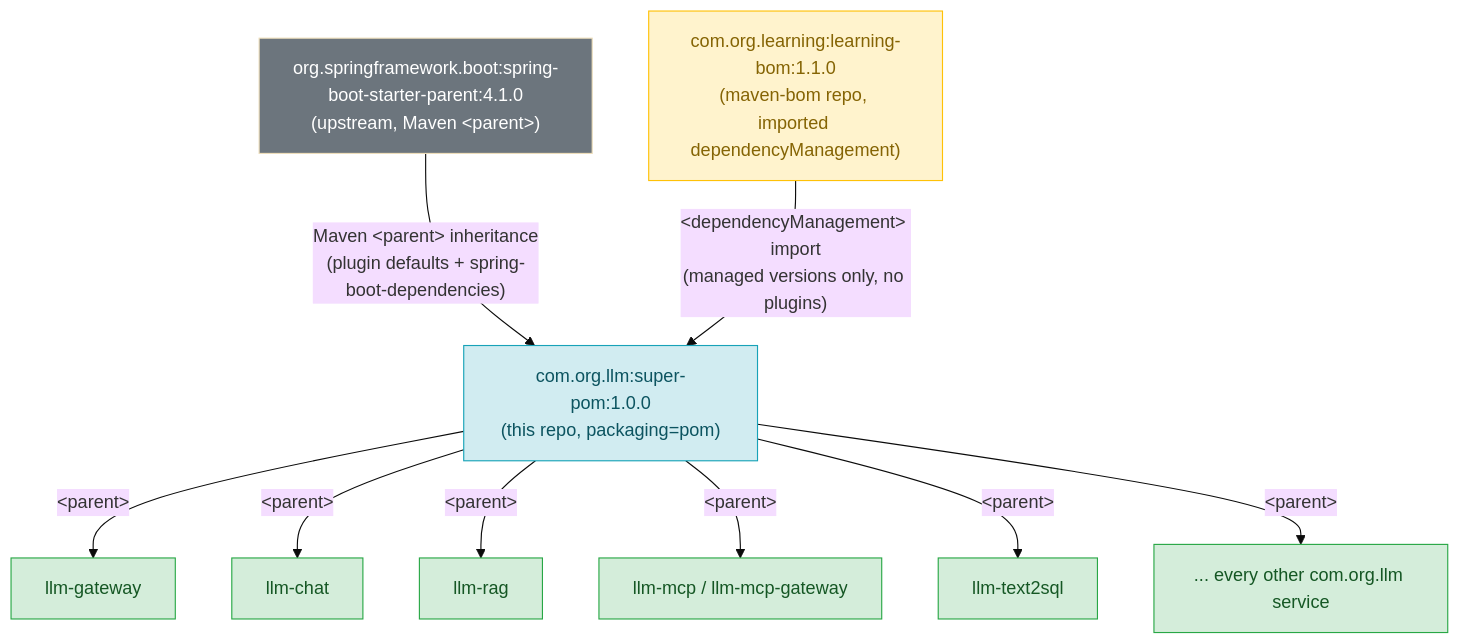
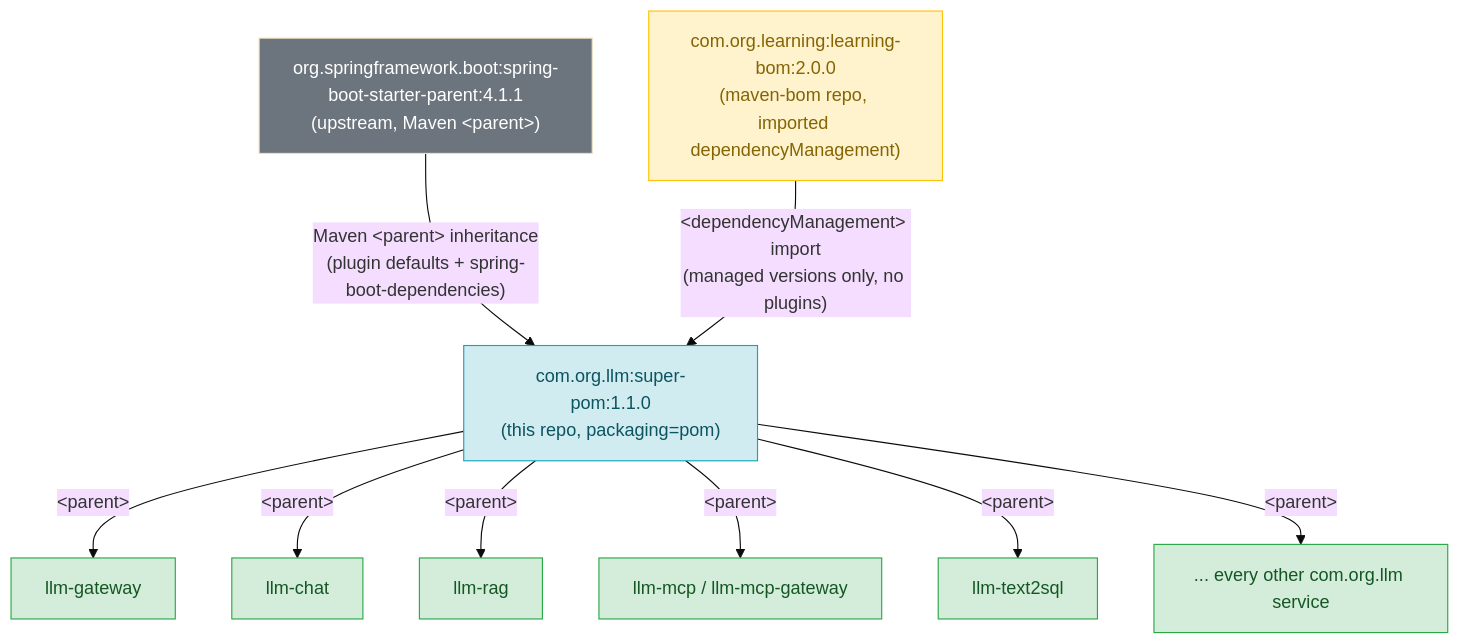
The first of 2 diagrams in README.md (himnay/super-pom), drawn with Mermaid (base theme) before and after one commit. The commit also changed other lines of this file and 1 other file, not shown here.

First line of the commit message:
Release super-pom 1.1.0: Boot 4.1.1 parent, learning-bom 2.0.0

````diff
--- a/README.md
+++ b/README.md
@@ -222,26 +222,26 @@
 ```mermaid
 graph TD
-    SBSP["org.springframework.boot:spring-boot-starter-parent:4.1.0<br/>(upstream, Maven &lt;parent&gt;)"]
-    BOM["com.org.learning:learning-bom:1.1.0<br/>(maven-bom repo, imported dependencyManagement)"]
-    SP["com.org.llm:super-pom:1.0.0<br/>(this repo, packaging=pom)"]
+    SBSP["org.springframework.boot:spring-boot-starter-parent:4.1.1<br/>(upstream, Maven &lt;parent&gt;)"]
+    BOM["com.org.learning:learning-bom:2.0.0<br/>(maven-bom repo, imported dependencyManagement)"]
+    SP["com.org.llm:super-pom:1.1.0<br/>(this repo, packaging=pom)"]
 
     SBSP -->|"Maven &lt;parent&gt; inheritance<br/>(plugin defaults + spring-boot-dependencies)"| SP
     BOM -->|"&lt;dependencyManagement&gt; import<br/>(managed versions only, no plugins)"| SP
 
     SP -->|"&lt;parent&gt;"| LG[llm-gateway]
     SP -->|"&lt;parent&gt;"| LC[llm-chat]
     SP -->|"&lt;parent&gt;"| LR[llm-rag]
     SP -->|"&lt;parent&gt;"| LM[llm-mcp / llm-mcp-gateway]
     SP -->|"&lt;parent&gt;"| LT[llm-text2sql]
     SP -->|"&lt;parent&gt;"| LO[... every other com.org.llm service]
 
     style SBSP fill:#6c757d,color:#fff
     style BOM fill:#fff3cd,color:#856404,stroke:#ffc107
     style SP fill:#d1ecf1,color:#0c5460,stroke:#17a2b8
     style LG fill:#d4edda,color:#155724,stroke:#28a745
     style LC fill:#d4edda,color:#155724,stroke:#28a745
     style LR fill:#d4edda,color:#155724,stroke:#28a745
     style LM fill:#d4edda,color:#155724,stroke:#28a745
     style LT fill:#d4edda,color:#155724,stroke:#28a745
     style LO fill:#d4edda,color:#155724,stroke:#28a745
 ```
````
